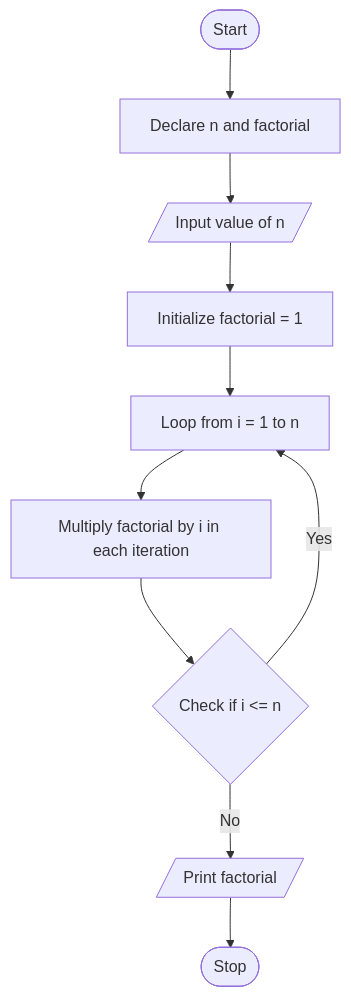
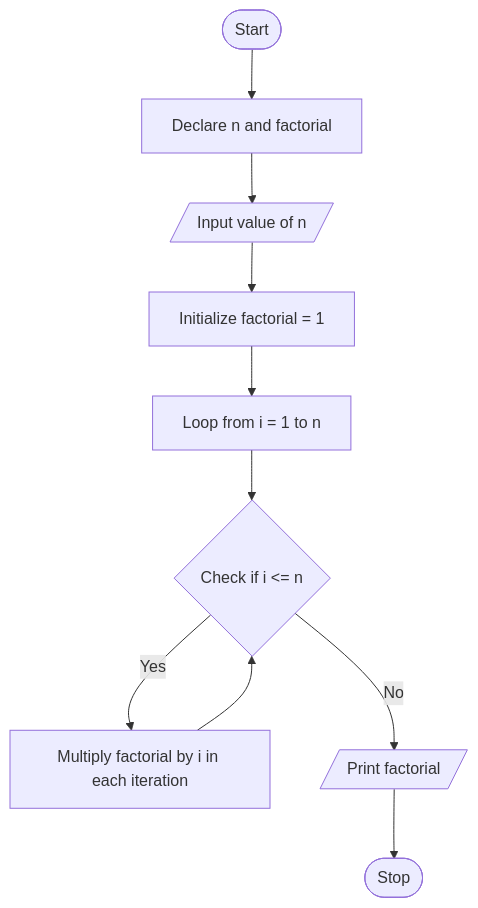
One commit to Vinit-source/Programming-for-problem-solving changed the first of 2 diagrams in PR/P8 - Recursion.md. Above: the diagram before and after it, drawn with Mermaid. The commit also changed other lines of this file, not shown here.

Commit message:
PR/P8 - Recursion.md updated from https://stackedit.io/

````diff
--- a/PR/P8 - Recursion.md
+++ b/PR/P8 - Recursion.md
@@ -19,14 +19,15 @@
 ```mermaid
     graph TD;
     A([Start]) --> B[Declare n and factorial];
     B --> C[/Input value of n/];
     C --> D[Initialize factorial = 1];
     D --> E[Loop from i = 1 to n];
-    E --> F[Multiply factorial by i in each iteration];
-    F --> G{Check if i <= n};
-    G -- Yes --> E;
+    E --> G{Check if i <= n};
+    F[Multiply factorial by i in each iteration];
+    G -- Yes --> F;
+    F --> G
     G -- No --> H[/Print factorial/];
     H --> I([Stop]);
 
   
 ```
````
